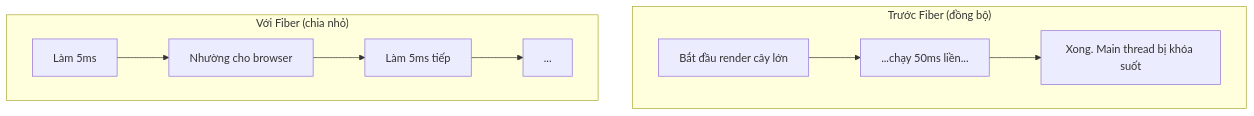
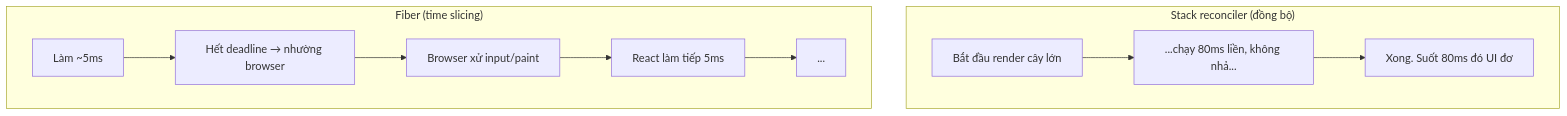
One commit to vanhiep99w/react-learn changed the third of 10 diagrams in content/docs/react-internals/fiber-reconciliation.md. Above: the diagram before and after it, drawn with Mermaid. The commit also changed other lines of this file, not shown here.

Commit message:
docs: deepen Fiber & Reconciliation (work loop, lanes, bailout, FAQ)

````diff
--- a/content/docs/react-internals/fiber-reconciliation.md
+++ b/content/docs/react-internals/fiber-reconciliation.md
@@ -50,9 +82,9 @@
 ```mermaid
 graph TD
-    subgraph "Trước Fiber (đồng bộ)"
-    A1["Bắt đầu render cây lớn"] --> A2["...chạy 50ms liền..."] --> A3["Xong. Main thread bị khóa suốt"]
+    subgraph "Stack reconciler (đồng bộ)"
+    A1["Bắt đầu render cây lớn"] --> A2["...chạy 80ms liền, không nhả..."] --> A3["Xong. Suốt 80ms đó UI đơ"]
     end
-    subgraph "Với Fiber (chia nhỏ)"
-    B1["Làm 5ms"] --> B2["Nhường cho browser"] --> B3["Làm 5ms tiếp"] --> B4["..."]
+    subgraph "Fiber (time slicing)"
+    B1["Làm ~5ms"] --> B2["Hết deadline → nhường browser"] --> B3["Browser xử input/paint"] --> B4["React làm tiếp 5ms"] --> B5["..."]
     end
 ```
````
